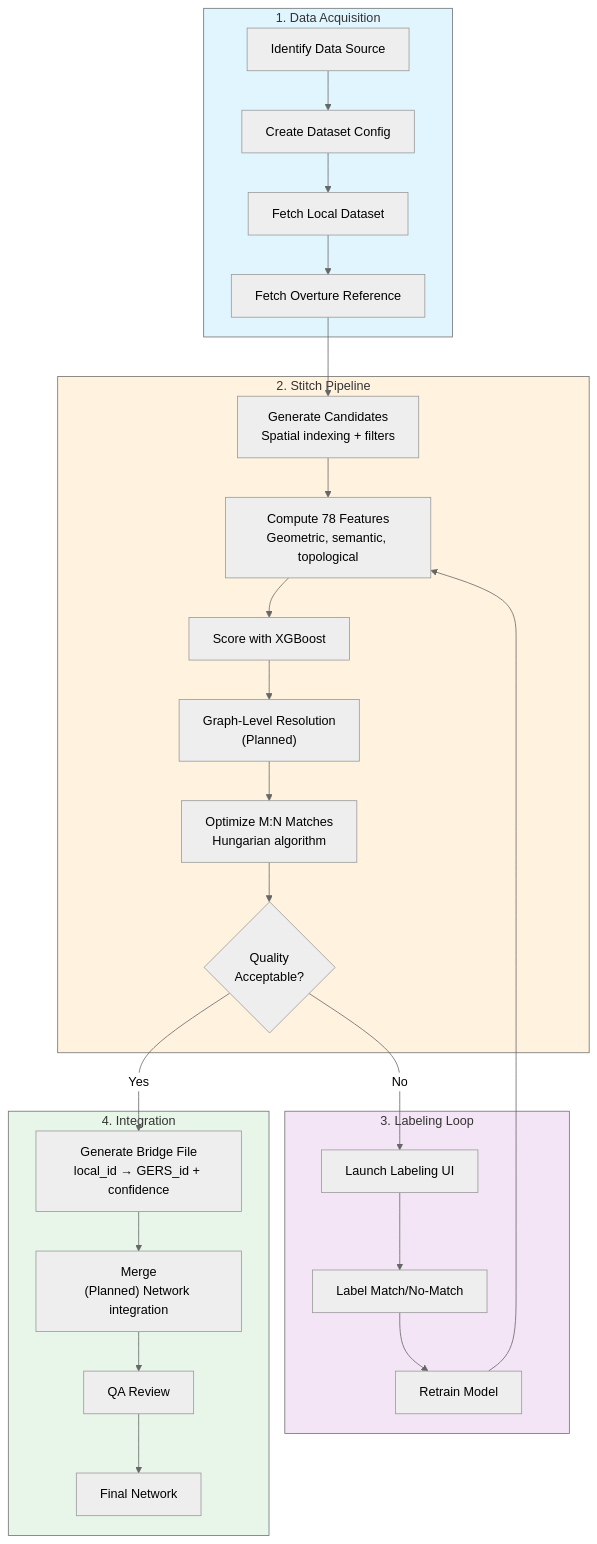
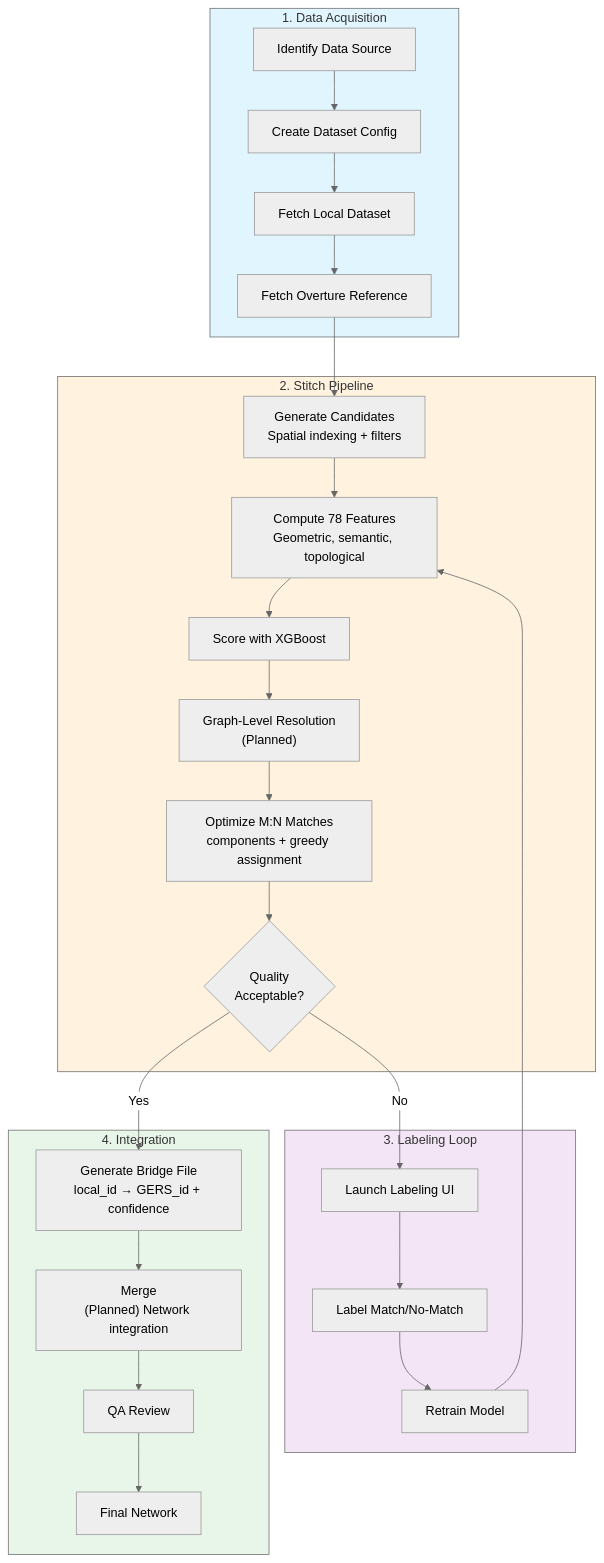
Before and after one commit to brad-richardson/crosswalk: the diagram in README.md, drawn with Mermaid (neutral theme). The commit also changed 4 other files, not shown here.

````diff
--- a/README.md
+++ b/README.md
@@ -85,36 +85,36 @@
 ```mermaid
 flowchart TB
     subgraph Data["1. Data Acquisition"]
         A[Identify Data Source] --> B[Create Dataset Config]
         B --> C[Fetch Local Dataset]
         C --> D[Fetch Overture Reference]
     end
 
     subgraph Match["2. Stitch Pipeline"]
         D --> E[Generate Candidates<br/>Spatial indexing + filters]
         E --> F[Compute 78 Features<br/>Geometric, semantic, topological]
         F --> G[Score with XGBoost]
         G --> H["Graph-Level Resolution<br/>(Planned)"]
-        H --> I[Optimize M:N Matches<br/>Hungarian algorithm]
+        H --> I[Optimize M:N Matches<br/>components + greedy assignment]
         I --> J{Quality<br/>Acceptable?}
     end
 
     subgraph Label["3. Labeling Loop"]
         J -->|No| K[Launch Labeling UI]
         K --> L[Label Match/No-Match]
         L --> M[Retrain Model]
         M --> F
     end
 
     subgraph Output["4. Integration"]
         J -->|Yes| N[Generate Bridge File<br/>local_id → GERS_id + confidence]
         N --> O["Merge<br/>(Planned) Network integration"]
         O --> P[QA Review]
         P --> Q[Final Network]
     end
 
     style Data fill:#e1f5fe
     style Match fill:#fff3e0
     style Label fill:#f3e5f5
     style Output fill:#e8f5e9
 ```
````
